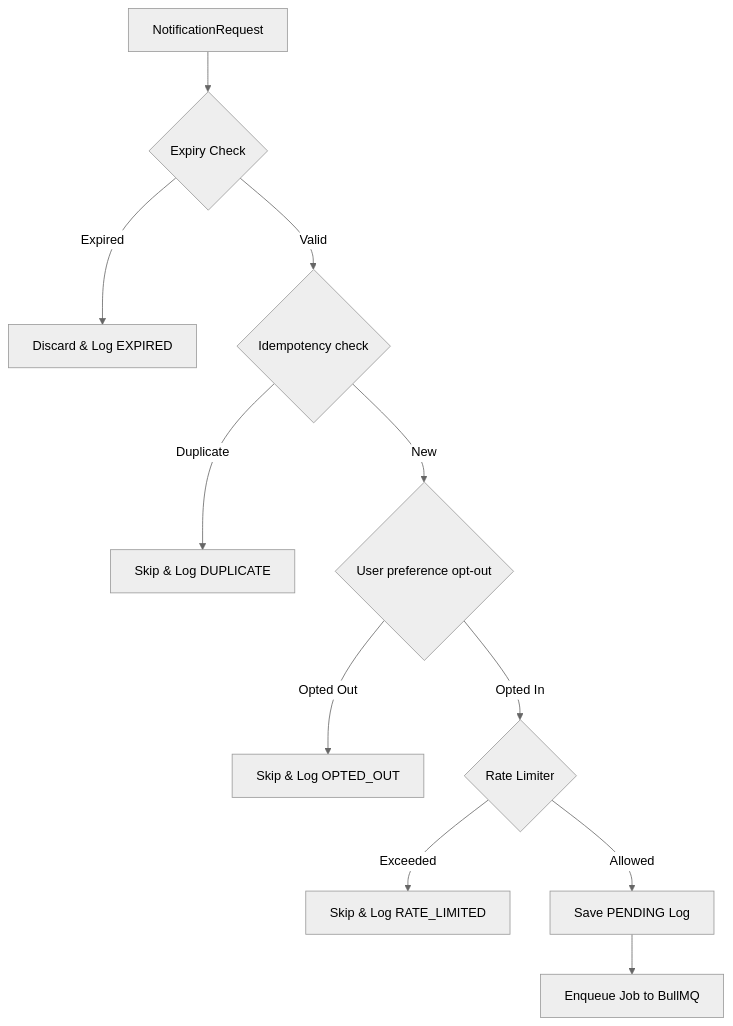
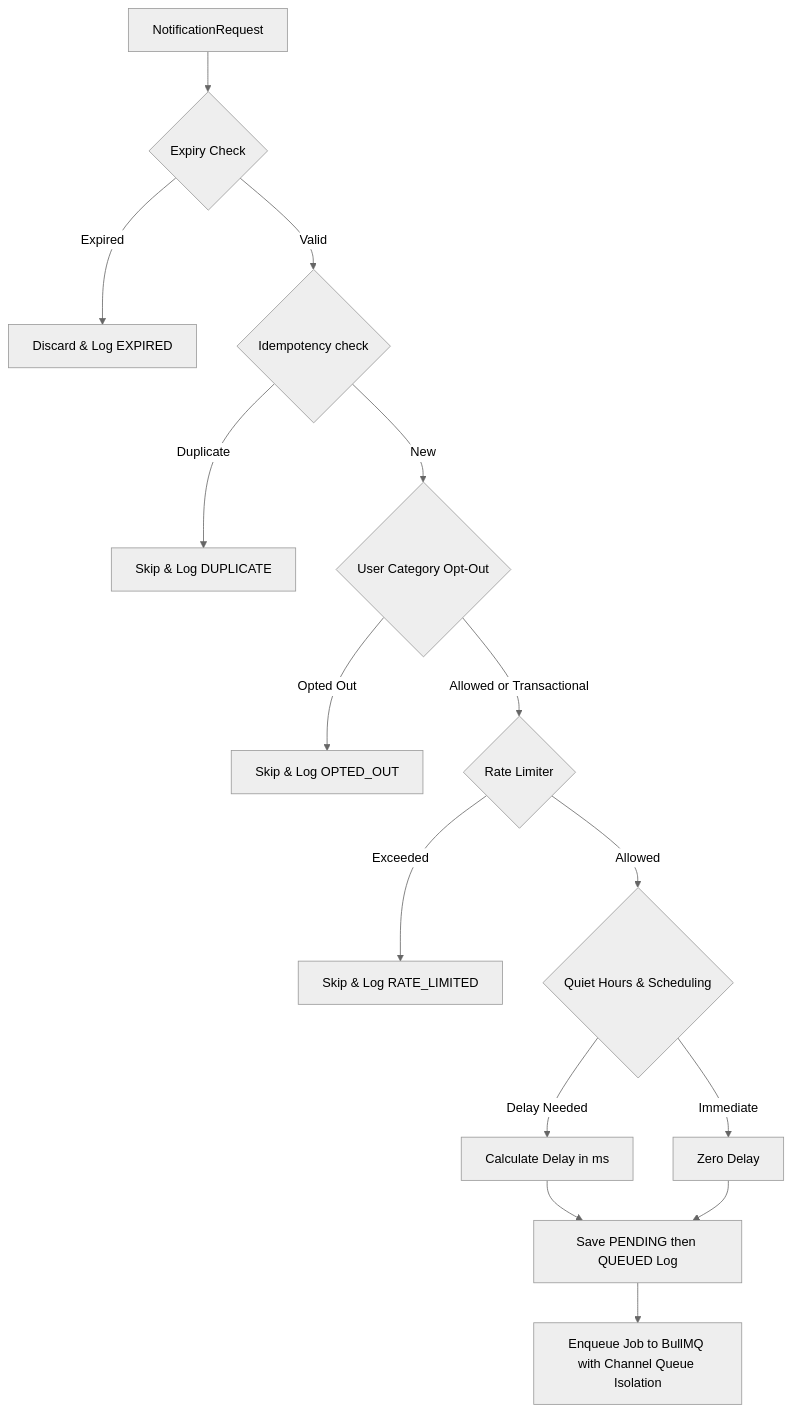
One commit to Omar-Sa6ry/bts-soft changed the first of 2 diagrams in packages/notifications/README.md. Above: the diagram before and after it, drawn with Mermaid (neutral theme). The commit also changed other lines of this file and 62 other files, not shown here.

````diff
--- a/packages/notifications/README.md
+++ b/packages/notifications/README.md
@@ -25,13 +30,17 @@
 ```mermaid
 graph TD
     A[NotificationRequest] --> B{Expiry Check}
     B -- Expired --> C[Discard & Log EXPIRED]
     B -- Valid --> D{Idempotency check}
     D -- Duplicate --> E[Skip & Log DUPLICATE]
-    D -- New --> F{User preference opt-out}
+    D -- New --> F{User Category Opt-Out}
     F -- Opted Out --> G[Skip & Log OPTED_OUT]
-    F -- Opted In --> H{Rate Limiter}
+    F -- Allowed or Transactional --> H{Rate Limiter}
     H -- Exceeded --> I[Skip & Log RATE_LIMITED]
-    H -- Allowed --> J[Save PENDING Log]
-    J --> K[Enqueue Job to BullMQ]
+    H -- Allowed --> J{Quiet Hours & Scheduling}
+    J -- Delay Needed --> K[Calculate Delay in ms]
+    J -- Immediate --> L[Zero Delay]
+    K --> M[Save PENDING then QUEUED Log]
+    L --> M
+    M --> N[Enqueue Job to BullMQ with Channel Queue Isolation]
 ```
````
